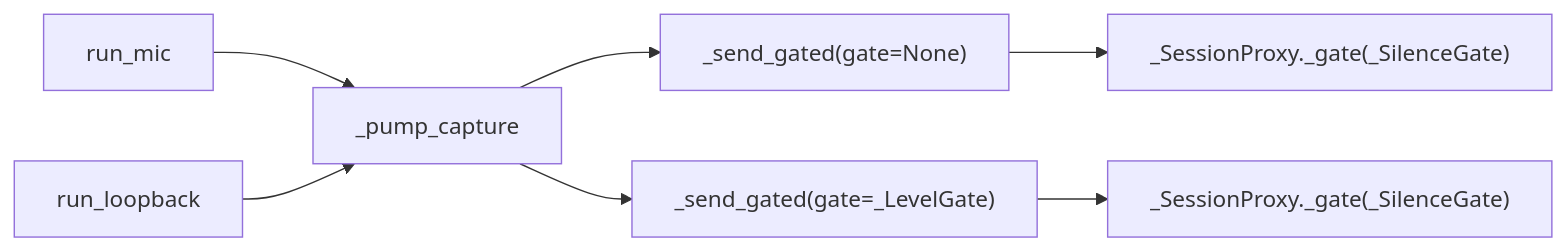
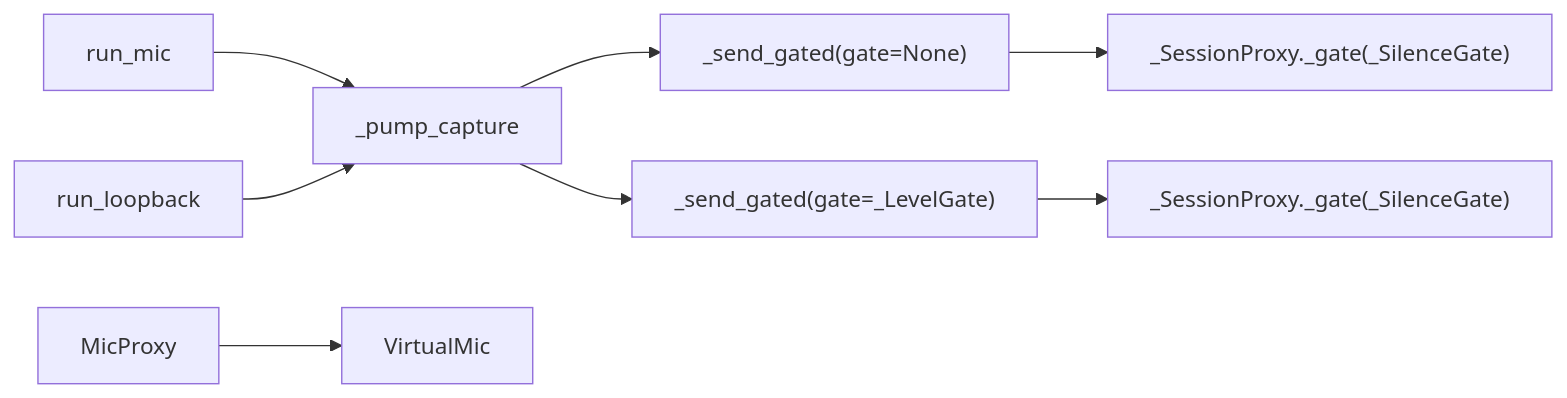
The eighth of 9 diagrams in .qoder/repowiki/zh/content/核心引擎架构/音频处理管道/音频处理管道.md (EMeowAGENT/vrchat-livetranslate), drawn with Mermaid before and after one commit. The commit also changed other lines of this file and 75 other files, not shown here.

````diff
--- a/.qoder/repowiki/zh/content/核心引擎架构/音频处理管道/音频处理管道.md
+++ b/.qoder/repowiki/zh/content/核心引擎架构/音频处理管道/音频处理管道.md
@@ -241,9 +346,10 @@
 ```mermaid
 graph LR
 Mic["run_mic"] --> Pump["_pump_capture"]
 Pump --> SendGated["_send_gated(gate=None)"]
 SendGated --> Proxy["_SessionProxy._gate(_SilenceGate)"]
 Loopback["run_loopback"] --> Pump
 Pump --> SendGated2["_send_gated(gate=_LevelGate)"]
 SendGated2 --> Proxy2["_SessionProxy._gate(_SilenceGate)"]
+MP["MicProxy"] --> VM["VirtualMic"]
 ```
````
